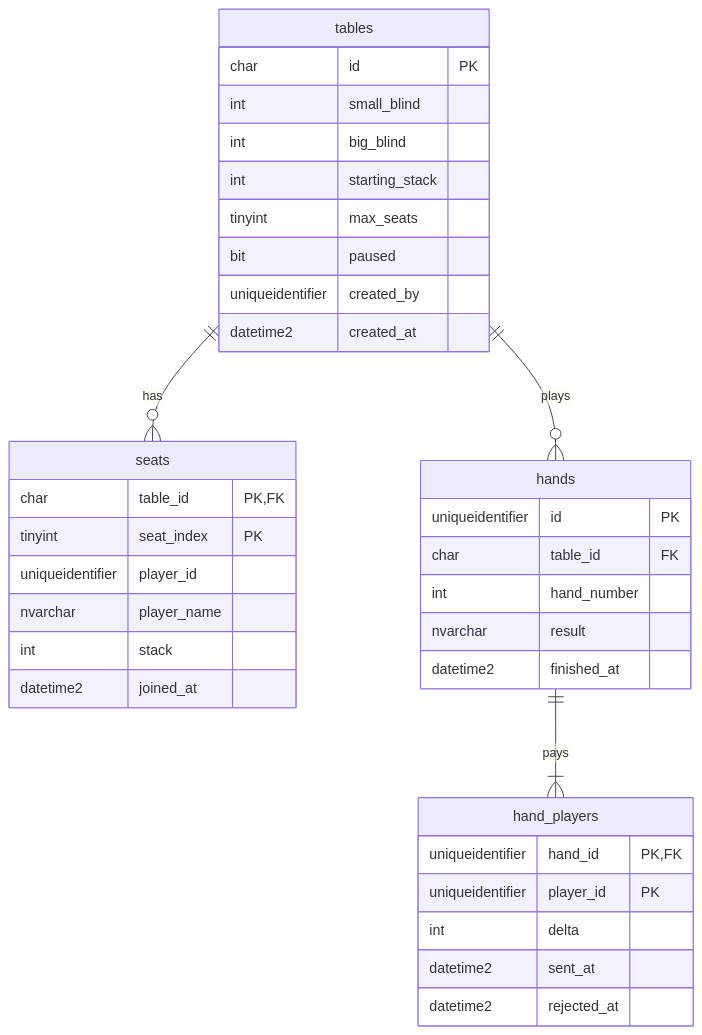
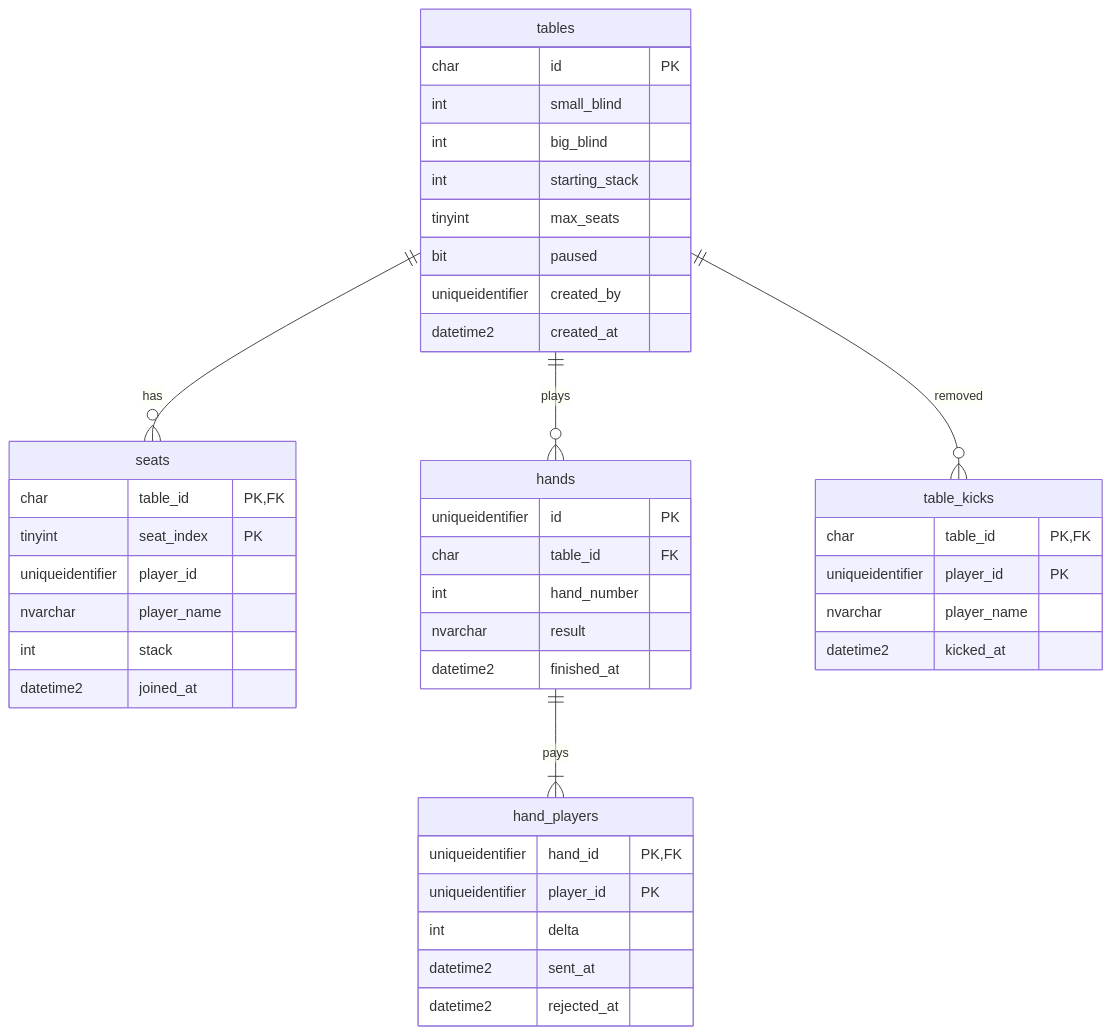
The second of 2 diagrams in docs/data-model.md (iciaradelino/pokerface), drawn with Mermaid before and after one commit. The commit also changed other lines of this file and 7 other files, not shown here.

````diff
--- a/docs/data-model.md
+++ b/docs/data-model.md
@@ -93,38 +93,45 @@
 ```mermaid
 erDiagram
     tables ||--o{ seats : "has"
     tables ||--o{ hands : "plays"
+    tables ||--o{ table_kicks : "removed"
     hands ||--|{ hand_players : "pays"
     tables {
         char id PK
         int small_blind
         int big_blind
         int starting_stack
         tinyint max_seats
         bit paused
         uniqueidentifier created_by
         datetime2 created_at
     }
     seats {
         char table_id PK, FK
         tinyint seat_index PK
         uniqueidentifier player_id
         nvarchar player_name
         int stack
         datetime2 joined_at
     }
     hands {
         uniqueidentifier id PK
         char table_id FK
         int hand_number
         nvarchar result
         datetime2 finished_at
     }
     hand_players {
         uniqueidentifier hand_id PK, FK
         uniqueidentifier player_id PK
         int delta
         datetime2 sent_at
         datetime2 rejected_at
     }
+    table_kicks {
+        char table_id PK, FK
+        uniqueidentifier player_id PK
+        nvarchar player_name
+        datetime2 kicked_at
+    }
 ```
````
